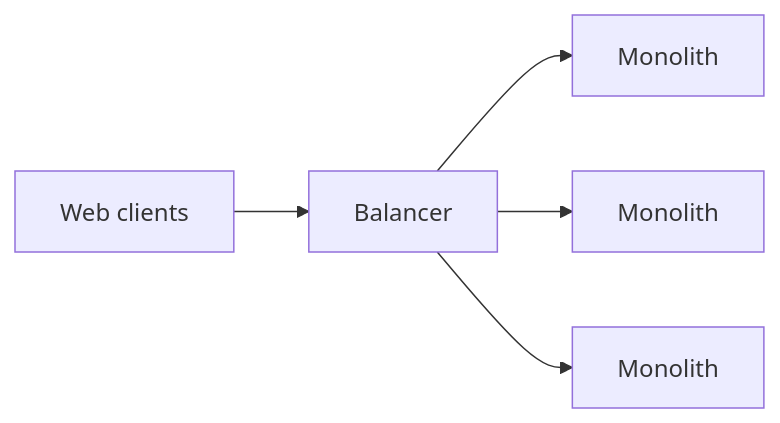
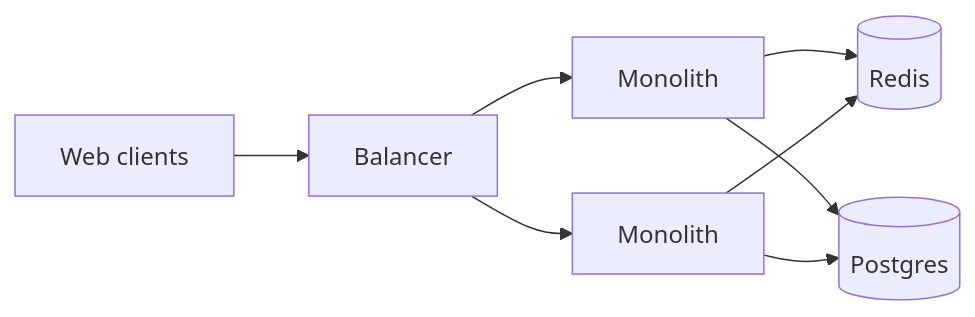
One commit to dyc3/ssw345-group-assignments changed the diagram in final-project/Figures/ott-architecture-with-load-balancer.mmd. Above: the diagram before and after it, drawn with Mermaid.

Commit message:
update diagram

```diff
--- a/final-project/Figures/ott-architecture-with-load-balancer.mmd
+++ b/final-project/Figures/ott-architecture-with-load-balancer.mmd
@@ -1,10 +1,16 @@
 flowchart LR
     Clients[Web clients] --> Balancer
 
     A[Monolith]
     B[Monolith]
-    C[Monolith]
 
     Balancer --> A
     Balancer --> B
-    Balancer --> C
+
+    Redis[(Redis)]
+    Postgres[(Postgres)]
+
+    A --> Redis
+    A --> Postgres
+    B --> Redis
+    B --> Postgres
```
